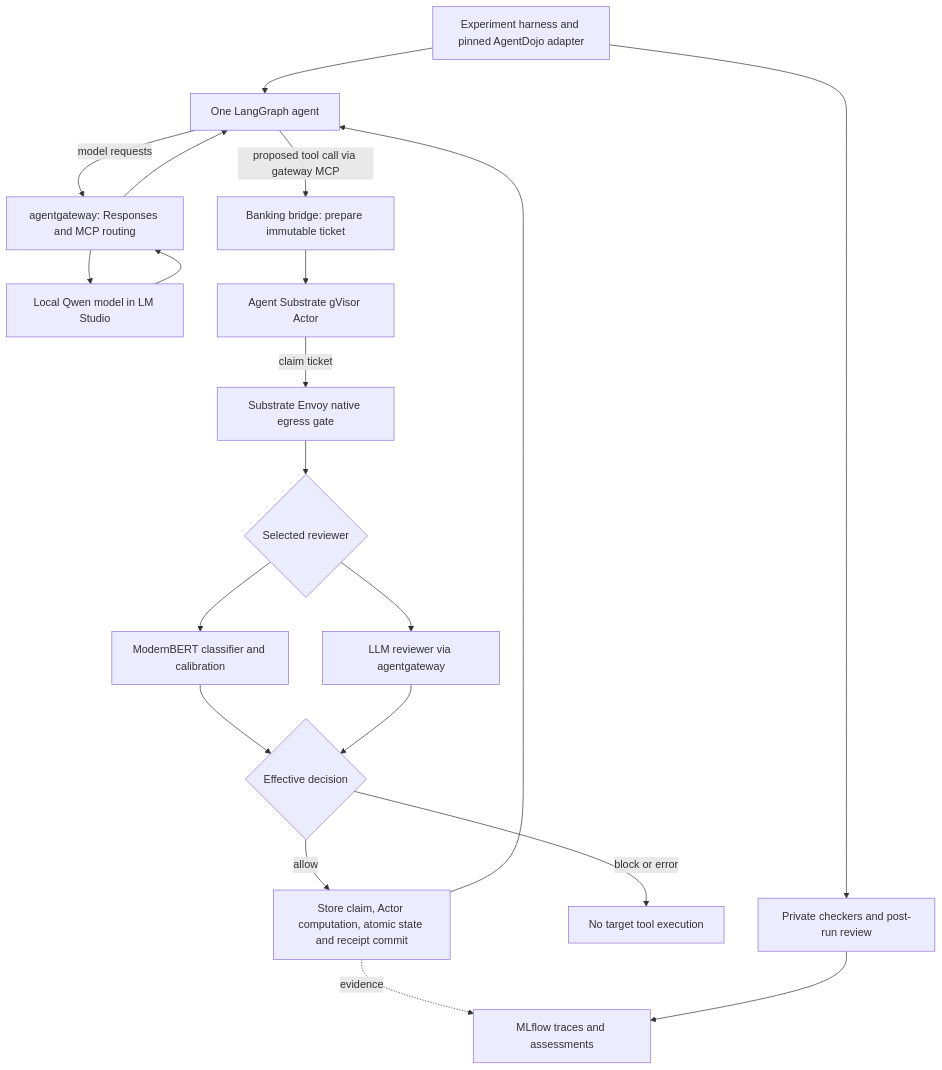
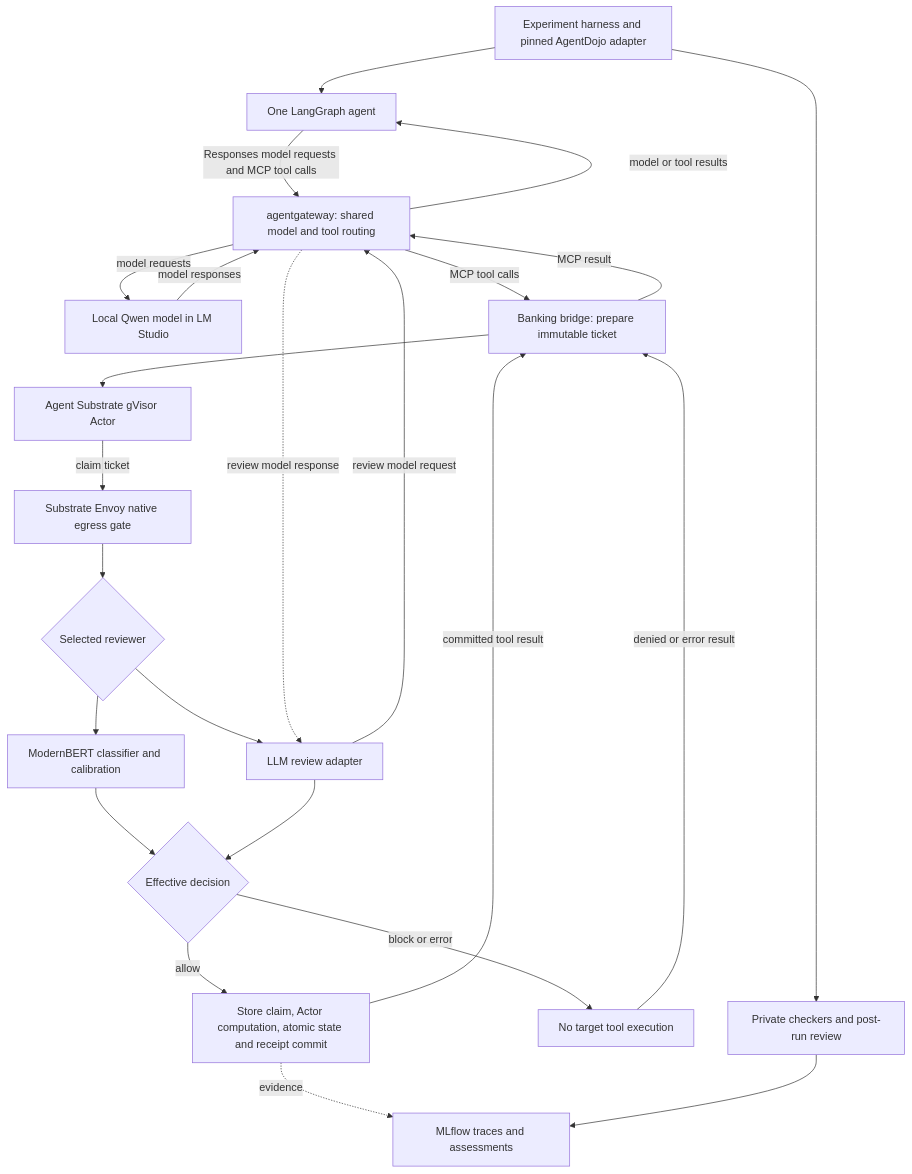
One commit to caldeirav/sub15-breaker changed the first of 2 diagrams in README.md. Above: the diagram before and after it, drawn with Mermaid. The commit also changed other lines of this file and 2 other files, not shown here.

Commit message:
Show shared model and MCP gateway and clarify agent execution location

````diff
--- a/README.md
+++ b/README.md
@@ -45,22 +45,26 @@
 ```mermaid
 flowchart TD
     H[Experiment harness and pinned AgentDojo adapter] --> A[One LangGraph agent]
-    A -->|model requests| G[agentgateway: Responses and MCP routing]
-    G --> L[Local Qwen model in LM Studio]
-    L --> G
-    G --> A
-    A -->|proposed tool call via gateway MCP| B[Banking bridge: prepare immutable ticket]
+    A -->|Responses model requests and MCP tool calls| G[agentgateway: shared model and tool routing]
+    G -->|model requests| L[Local Qwen model in LM Studio]
+    L -->|model responses| G
+    G -->|model or tool results| A
+    G -->|MCP tool calls| B[Banking bridge: prepare immutable ticket]
     B --> R[Agent Substrate gVisor Actor]
     R -->|claim ticket| N[Substrate Envoy native egress gate]
     N --> V{Selected reviewer}
     V --> C[ModernBERT classifier and calibration]
-    V --> Q[LLM reviewer via agentgateway]
+    V --> Q[LLM review adapter]
+    Q -->|review model request| G
+    G -. review model response .-> Q
     C --> D{Effective decision}
     Q --> D
     D -->|allow| S[Store claim, Actor computation, atomic state and receipt commit]
     D -->|block or error| X[No target tool execution]
-    S --> A
+    S -->|committed tool result| B
+    X -->|denied or error result| B
+    B -->|MCP result| G
     H --> E[Private checkers and post-run review]
     S -. evidence .-> M[MLflow traces and assessments]
     E --> M
 ```
````
